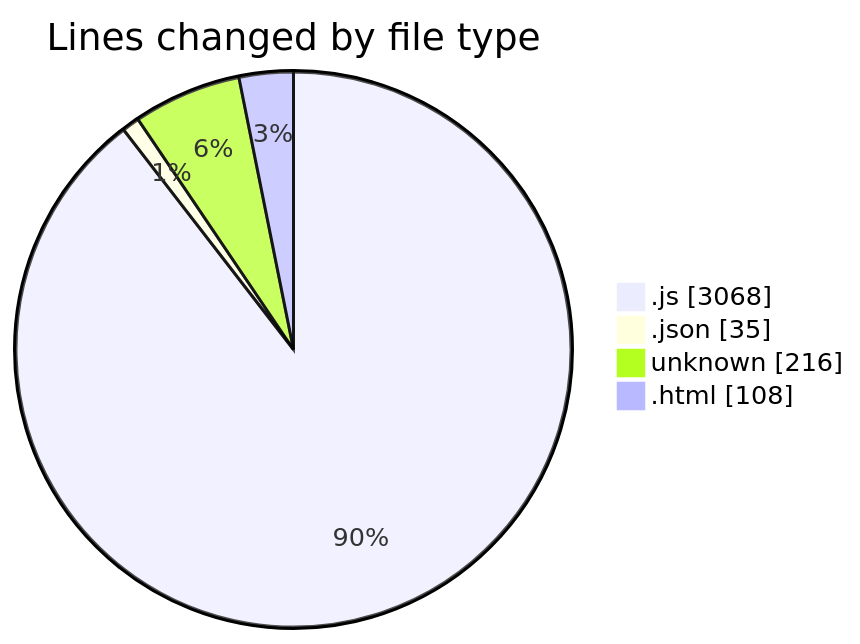
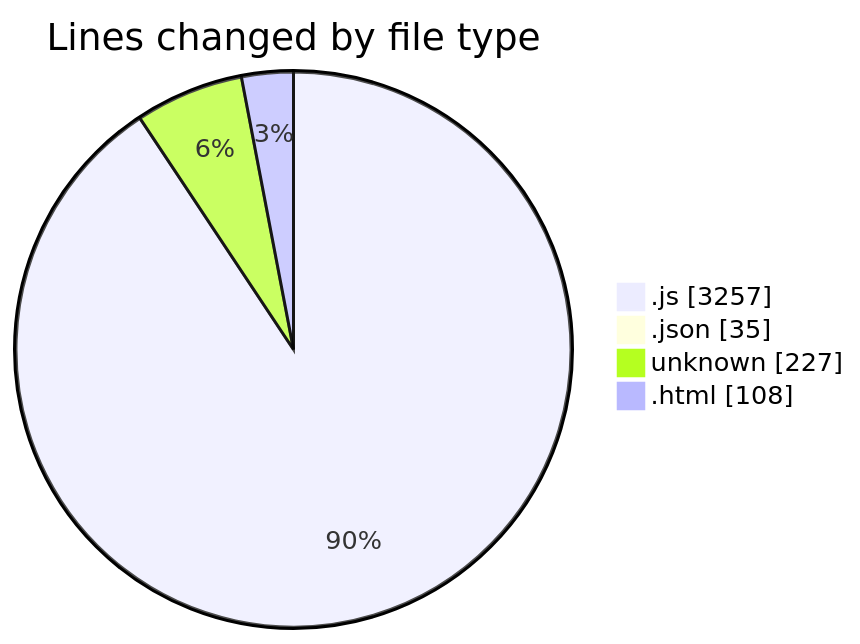
One commit to becaeroporto-bot/code-tracking changed the first of 2 diagrams in 2026-02-20/bot_i_a/README.md. Above: the diagram before and after it, drawn with Mermaid. The commit also changed other lines of this file and 1 other file, not shown here.

````diff
--- a/2026-02-20/bot_i_a/README.md
+++ b/2026-02-20/bot_i_a/README.md
@@ -42,8 +44,8 @@
 ```mermaid
 pie showData
 title Lines changed by file type
-".js" : 3068
+".js" : 3257
 ".json" : 35
-"unknown" : 216
+"unknown" : 227
 ".html" : 108
 ```
````
